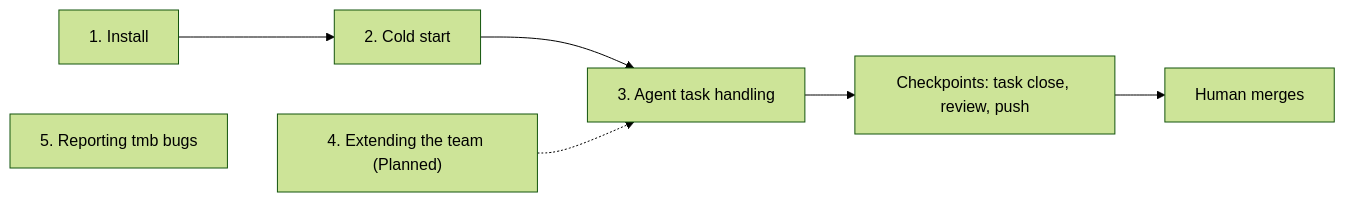
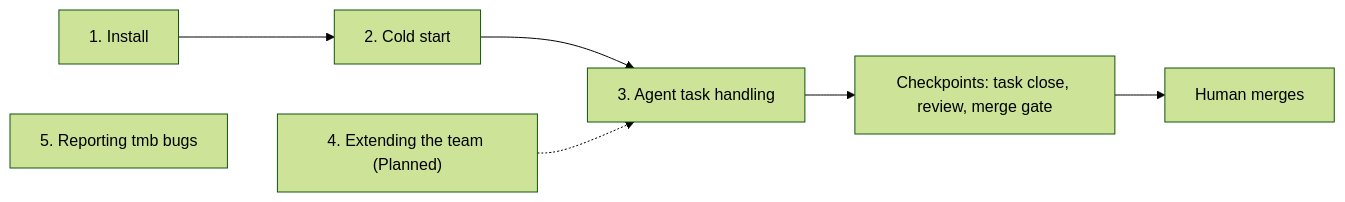
One commit to trustmybot/tmb changed the first of 12 diagrams in docs/flows/FLOWS.md. Above: the diagram before and after it, drawn with Mermaid (forest theme). The commit also changed other lines of this file and 11 other files, not shown here.

First line of the commit message:
📝 docs: review gates the merge, the push gate guards the base branch

````diff
--- a/docs/flows/FLOWS.md
+++ b/docs/flows/FLOWS.md
@@ -5,9 +5,9 @@
 ```mermaid
 flowchart LR
     G1["1. Install"] --> G2["2. Cold start"]
     G2 --> G3["3. Agent task handling"]
-    G3 --> C["Checkpoints: task close, review, push"]
+    G3 --> C["Checkpoints: task close, review, merge gate"]
     C --> M["Human merges"]
     G4["4. Extending the team (Planned)"] -.-> G3
     G5["5. Reporting tmb bugs"]
 ```
````
